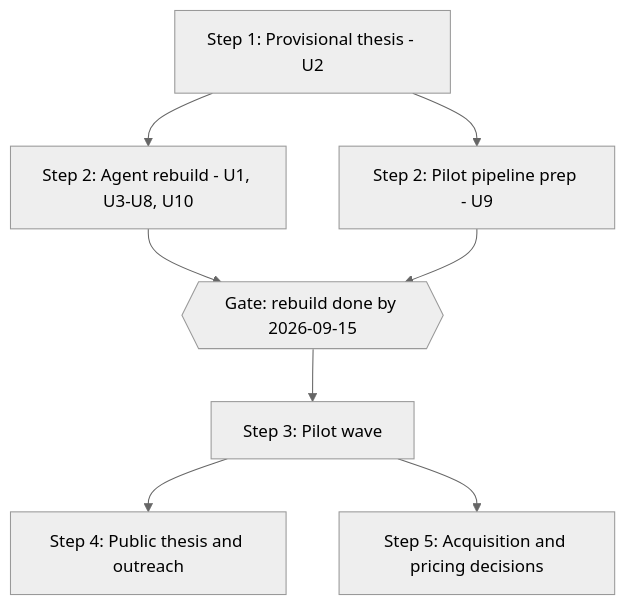
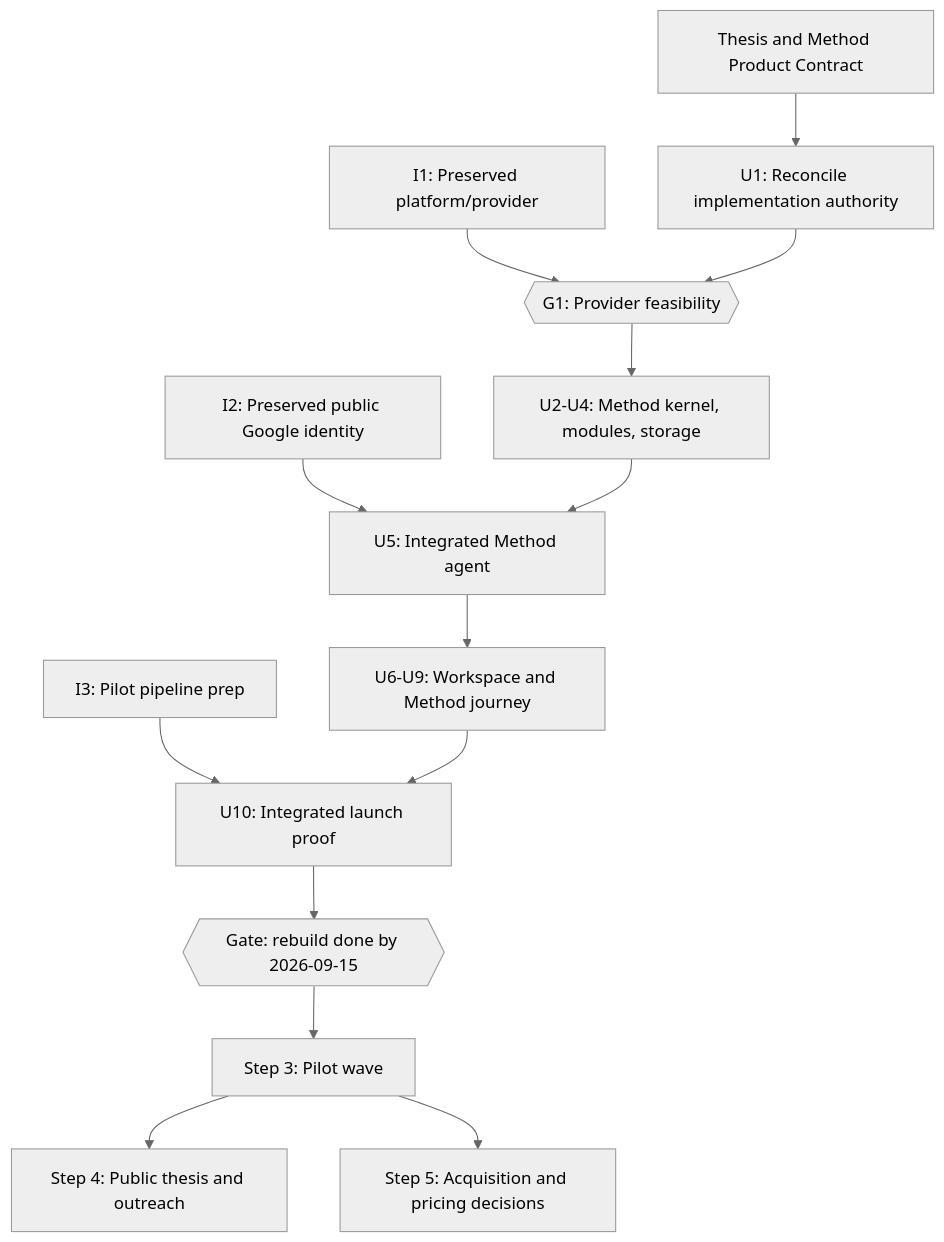
Before and after one commit to andres-monge/ikigai: the first of 5 diagrams in docs/plans/2026-08-14-claude-feat-revelio-revamp-plan.md, drawn with Mermaid (neutral theme). The commit also changed other lines of this file, not shown here.

Commit message:
docs(plan): reconcile Revelio revamp authority (U1)

````diff
--- a/docs/plans/2026-08-14-claude-feat-revelio-revamp-plan.md
+++ b/docs/plans/2026-08-14-claude-feat-revelio-revamp-plan.md
@@ -70,10 +76,16 @@
 ```mermaid
 flowchart TB
-  S1[Step 1: Provisional thesis - U2] --> S2a[Step 2: Agent rebuild - U1, U3-U8, U10]
-  S1 --> S2b[Step 2: Pilot pipeline prep - U9]
-  S2a --> G1{{Gate: rebuild done by 2026-09-15}}
-  S2b --> G1
-  G1 --> S3[Step 3: Pilot wave]
+  T[Thesis and Method Product Contract] --> U1[U1: Reconcile implementation authority]
+  I1[I1: Preserved platform/provider] --> PG
+  U1 --> PG{{G1: Provider feasibility}}
+  PG --> M[U2-U4: Method kernel, modules, storage]
+  I2[I2: Preserved public Google identity] --> U5[U5: Integrated Method agent]
+  M --> U5
+  U5 --> MT[U6-U9: Workspace and Method journey]
+  I3[I3: Pilot pipeline prep] --> U10[U10: Integrated launch proof]
+  MT --> U10
+  U10 --> DG{{Gate: rebuild done by 2026-09-15}}
+  DG --> S3[Step 3: Pilot wave]
   S3 --> S4[Step 4: Public thesis and outreach]
   S3 --> S5[Step 5: Acquisition and pricing decisions]
 ```
````
